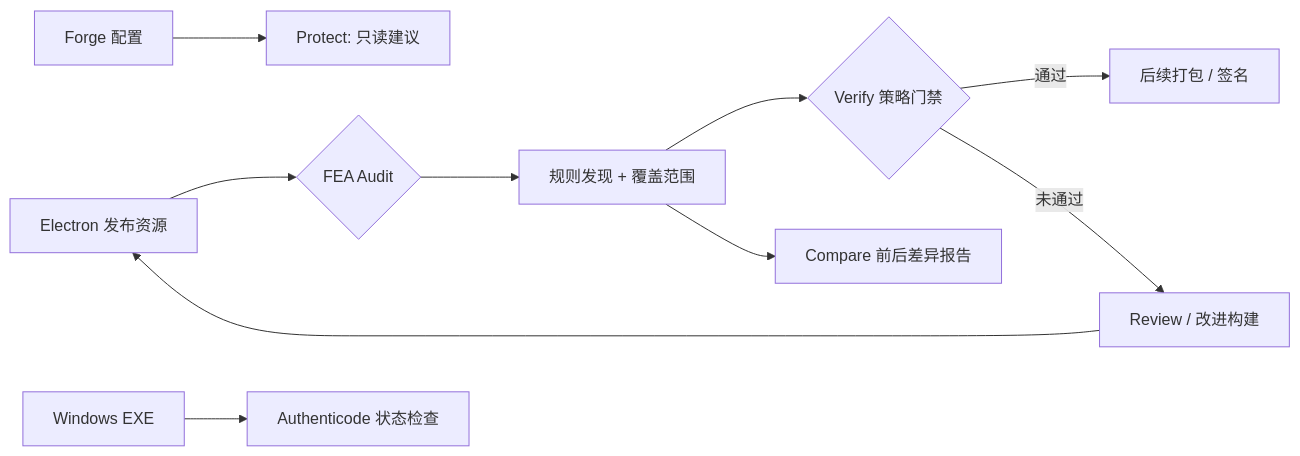
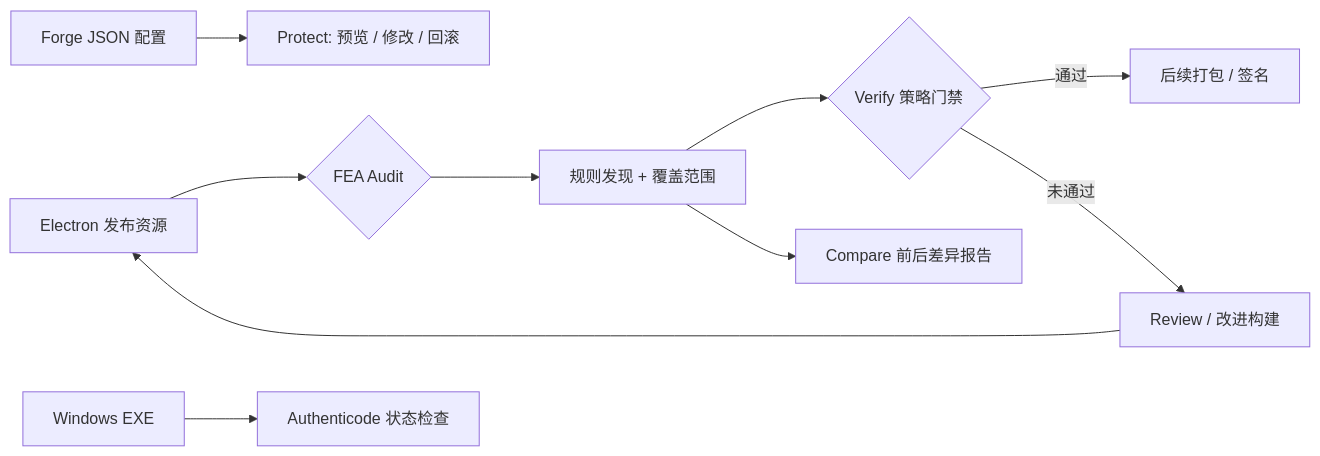
The diagram in README.md (MarsBaseX1/forward-engineer-anything), drawn with Mermaid before and after one commit. The commit also changed other lines of this file, not shown here.

````diff
--- a/README.md
+++ b/README.md
@@ -44,12 +44,12 @@
 ```mermaid
 flowchart LR
     A[Electron 发布资源] --> B{FEA Audit}
     B --> C[规则发现 + 覆盖范围]
     C --> D{Verify 策略门禁}
     D -->|通过| E[后续打包 / 签名]
     D -->|未通过| F[Review / 改进构建]
     F --> A
     C --> G[Compare 前后差异报告]
-    H[Forge 配置] --> I[Protect: 只读建议]
+    H[Forge JSON 配置] --> I[Protect: 预览 / 修改 / 回滚]
     J[Windows EXE] --> K[Authenticode 状态检查]
 ```
````
